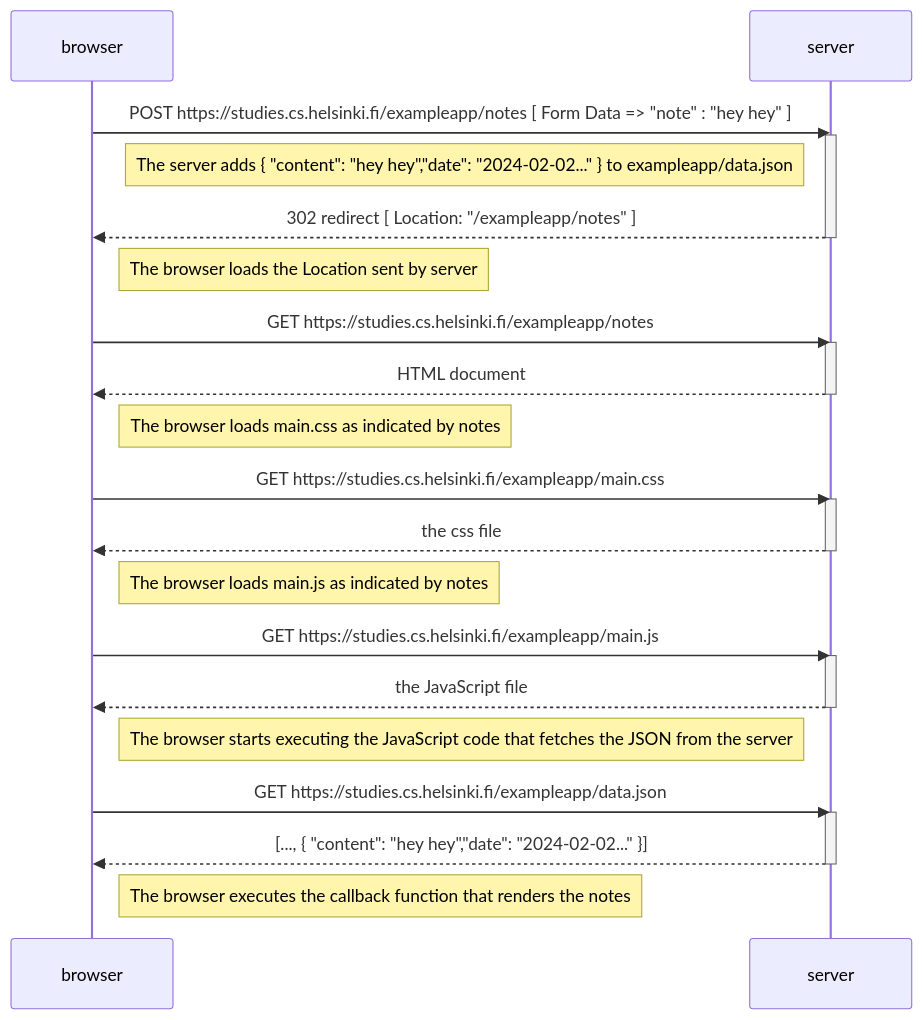
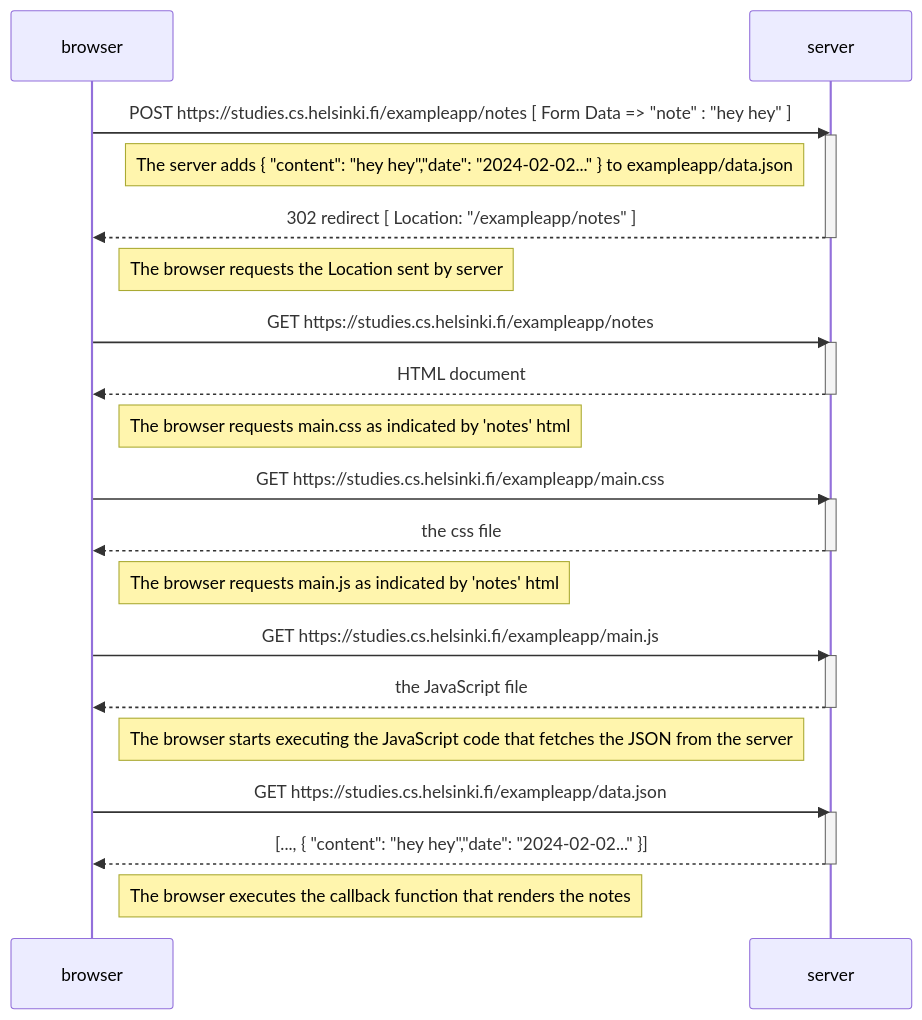
One commit to arcomechan/full-stack-open-ex changed the diagram in part0/ex 0-4.md. Above: the diagram before and after it, drawn with Mermaid. The commit also changed 2 other files, not shown here.

Commit message:
part 0 exercises completed

````diff
--- a/part0/ex 0-4.md
+++ b/part0/ex 0-4.md
@@ -1,43 +1,43 @@
 ```mermaid
 sequenceDiagram
     participant browser
     participant server
 
     browser->>server: POST https://studies.cs.helsinki.fi/exampleapp/notes [ Form Data => "note" : "hey hey" ]
     activate server
 
     Note left of server: The server adds { "content": "hey hey","date": "2024-02-02..." } to exampleapp/data.json
 
     server-->>browser: 302 redirect [ Location: "/exampleapp/notes" ]
     deactivate server
 
-    Note right of browser: The browser loads the Location sent by server
+    Note right of browser: The browser requests the Location sent by server
 
     browser->>server: GET https://studies.cs.helsinki.fi/exampleapp/notes
     activate server
     server-->>browser: HTML document
     deactivate server
 
-    Note right of browser: The browser loads main.css as indicated by notes
+    Note right of browser: The browser requests main.css as indicated by 'notes' html
 
     browser->>server: GET https://studies.cs.helsinki.fi/exampleapp/main.css
     activate server
     server-->>browser: the css file
     deactivate server
 
-    Note right of browser: The browser loads main.js as indicated by notes
+    Note right of browser: The browser requests main.js as indicated by 'notes' html
 
     browser->>server: GET https://studies.cs.helsinki.fi/exampleapp/main.js
     activate server
     server-->>browser: the JavaScript file
     deactivate server
 
     Note right of browser: The browser starts executing the JavaScript code that fetches the JSON from the server
 
     browser->>server: GET https://studies.cs.helsinki.fi/exampleapp/data.json
     activate server
     server-->>browser: [..., { "content": "hey hey","date": "2024-02-02..." }]
     deactivate server
 
     Note right of browser: The browser executes the callback function that renders the notes
 ```
````
